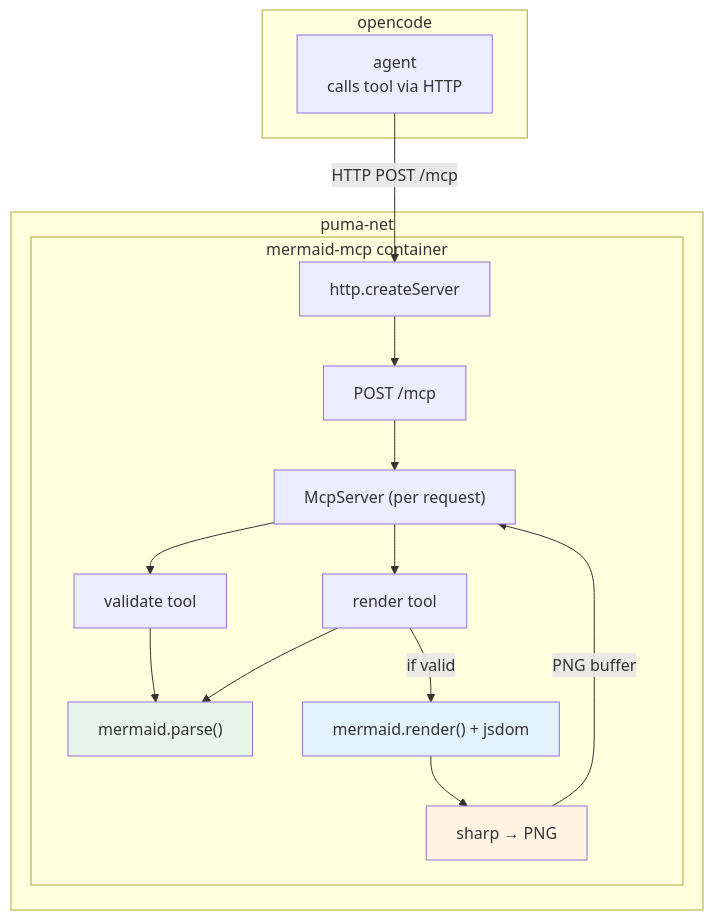
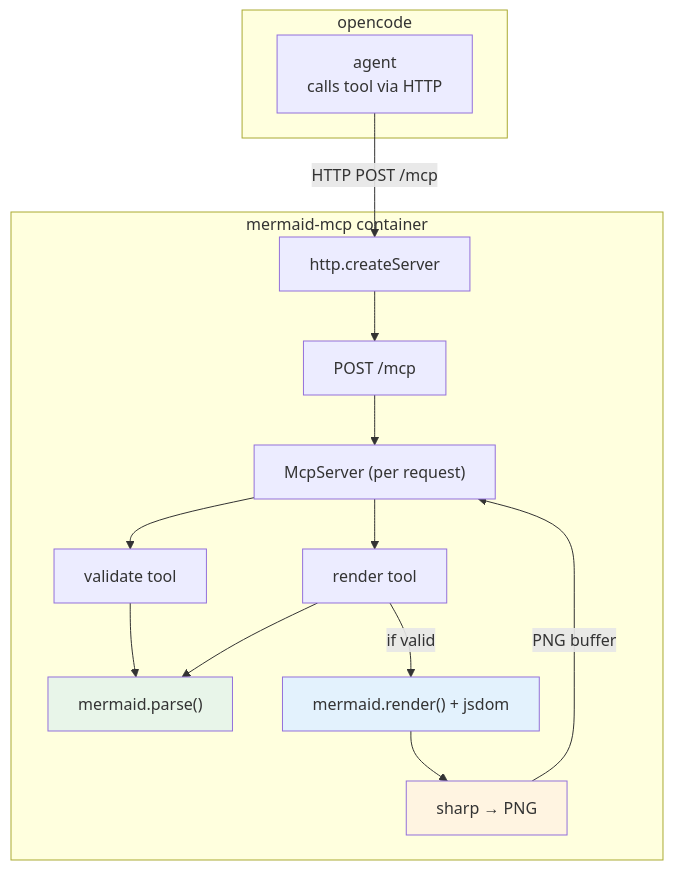
One commit to fedor2018/mermaid-mcp changed the diagram in README.md. Above: the diagram before and after it, drawn with Mermaid. The commit also changed other lines of this file and 2 other files, not shown here.

````diff
--- a/README.md
+++ b/README.md
@@ -35,30 +35,28 @@
 ```mermaid
 graph TD
     subgraph "opencode"
         A["agent<br/>calls tool via HTTP"]
     end
 
-    subgraph "puma-net"
-        subgraph "mermaid-mcp container"
-            B["http.createServer"]
-            C["POST /mcp"]
-            D["McpServer (per request)"]
-            E["validate tool"]
-            F["render tool"]
-            G["mermaid.parse()"]
-            H["mermaid.render() + jsdom"]
-            I["sharp → PNG"]
-        end
+    subgraph "mermaid-mcp container"
+        B["http.createServer"]
+        C["POST /mcp"]
+        D["McpServer (per request)"]
+        E["validate tool"]
+        F["render tool"]
+        G["mermaid.parse()"]
+        H["mermaid.render() + jsdom"]
+        I["sharp → PNG"]
     end
 
     A -->|"HTTP POST /mcp"| B
     B --> C --> D
     D --> E --> G
     D --> F --> G
     F -->|"if valid"| H --> I
     I -->|"PNG buffer"| D
 
     style G fill:#e8f5e9
     style H fill:#e3f2fd
     style I fill:#fff4e1
 ```
````
